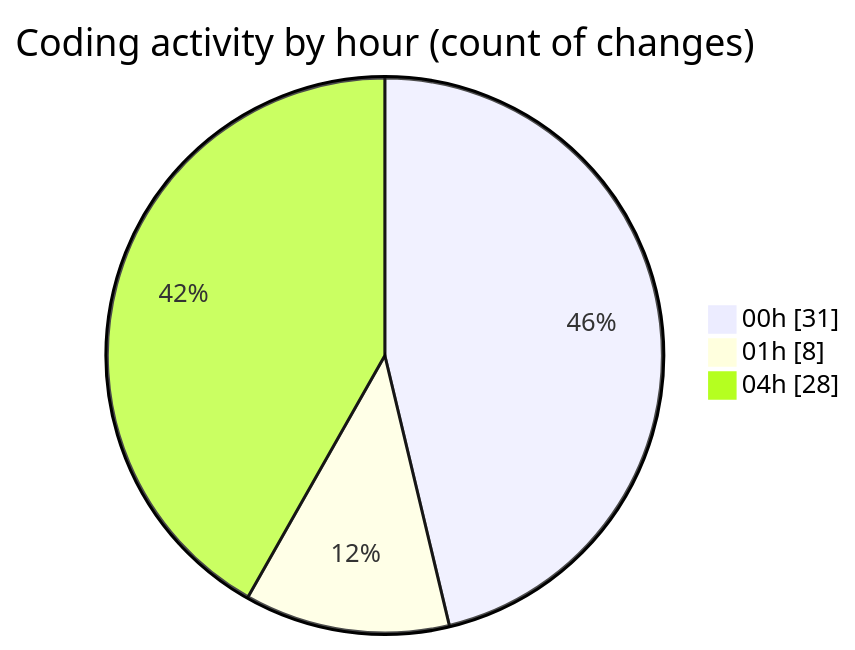
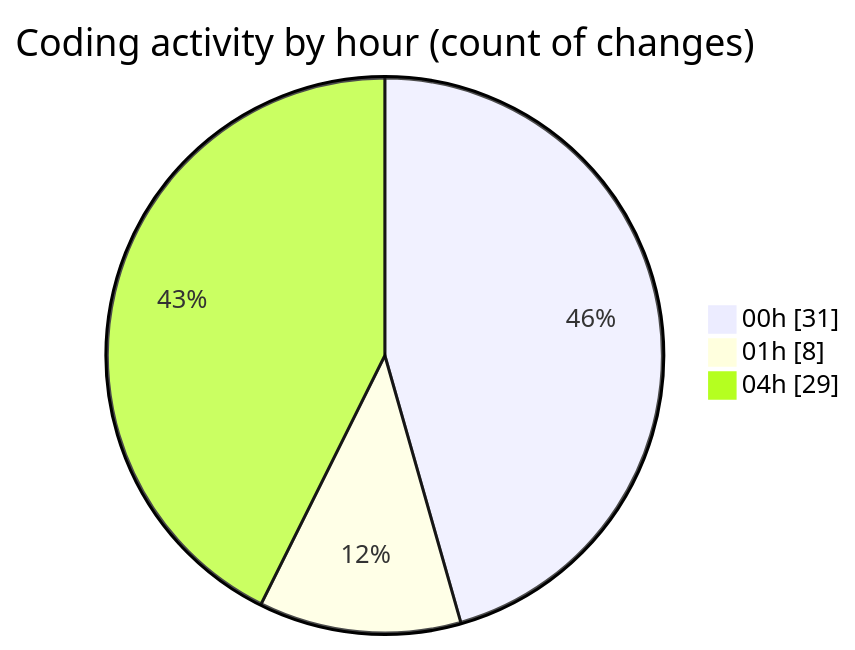
Before and after one commit to julien-gomy/code-tracking: the second of 2 diagrams in 2025-10-28/usr_aleoudev_fr__workspace_/README.md, drawn with Mermaid. The commit also changed other lines of this file and 1 other file, not shown here.

````diff
--- a/2025-10-28/usr_aleoudev_fr__workspace_/README.md
+++ b/2025-10-28/usr_aleoudev_fr__workspace_/README.md
@@ -33,7 +33,7 @@
 ```mermaid
 pie showData
 title Coding activity by hour (count of changes)
 "00h" : 31
 "01h" : 8
-"04h" : 28
+"04h" : 29
 ```
````
